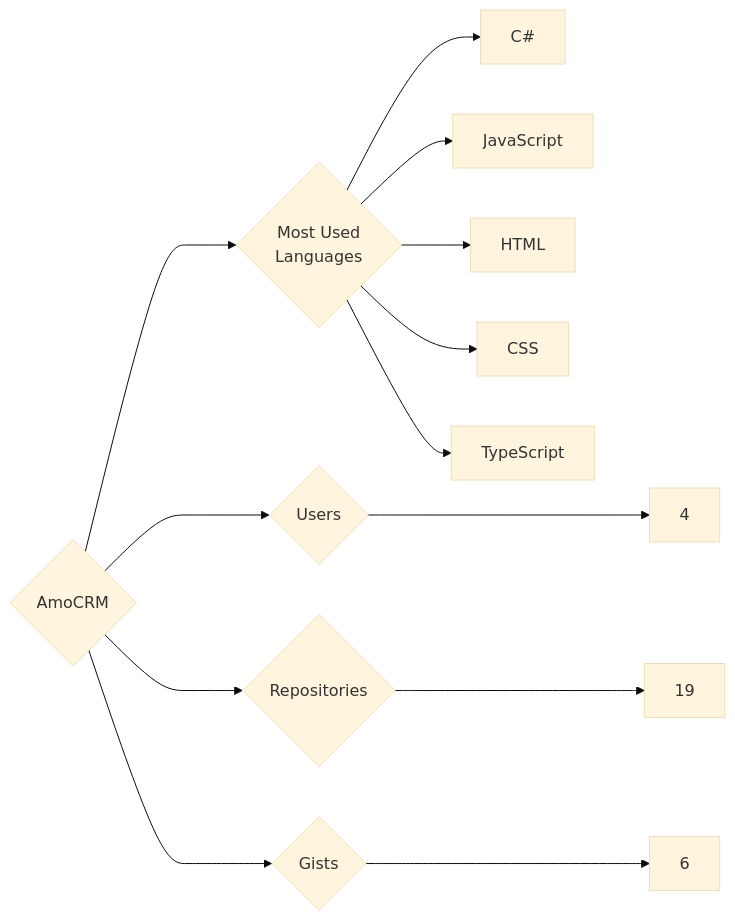
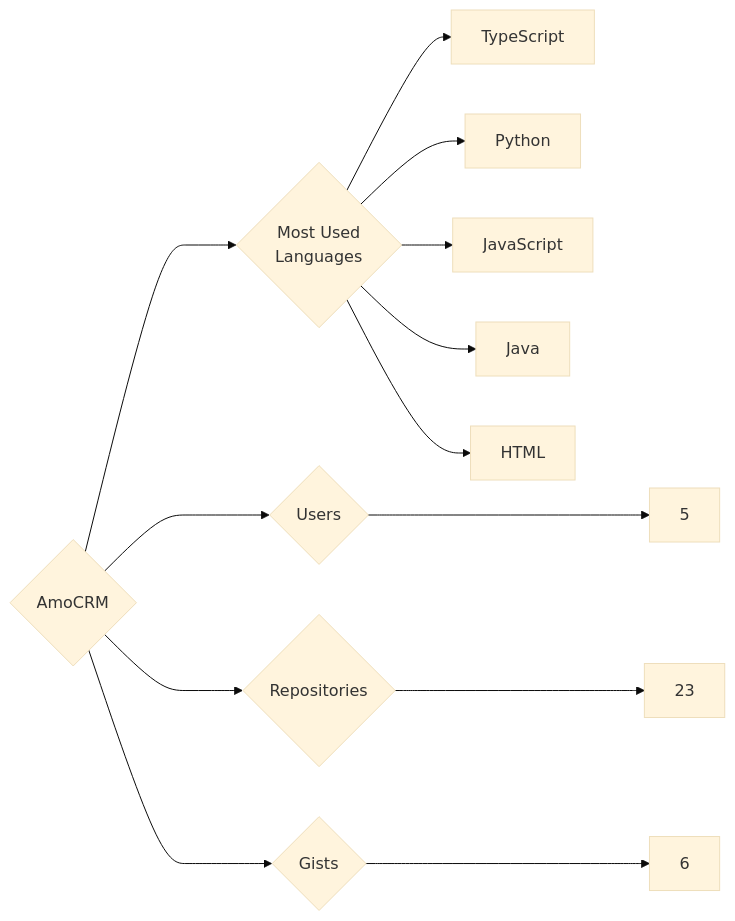
Before and after one commit to trickest/insiders: the diagram in targets/AmoCRM/README.md, drawn with Mermaid (base theme). The commit also changed 1175 other files, not shown here.

````diff
--- a/targets/AmoCRM/README.md
+++ b/targets/AmoCRM/README.md
@@ -3,13 +3,13 @@
 ```mermaid
 graph LR
 COMPANY_NAME{AmoCRM}
-COMPANY_NAME ---> U{Users} ---> UN[4]
-COMPANY_NAME ---> R{Repositories} ---> RN[19]
+COMPANY_NAME ---> U{Users} ---> UN[5]
+COMPANY_NAME ---> R{Repositories} ---> RN[23]
 COMPANY_NAME ---> G{Gists} ---> GN[6]
 COMPANY_NAME ---> ML{Most Used<br>Languages}
-ML --> C#[C#]
+ML --> TypeScript[TypeScript]
+ML --> Python[Python]
 ML --> JavaScript[JavaScript]
+ML --> Java[Java]
 ML --> HTML[HTML]
-ML --> CSS[CSS]
-ML --> TypeScript[TypeScript]
 ```
````
